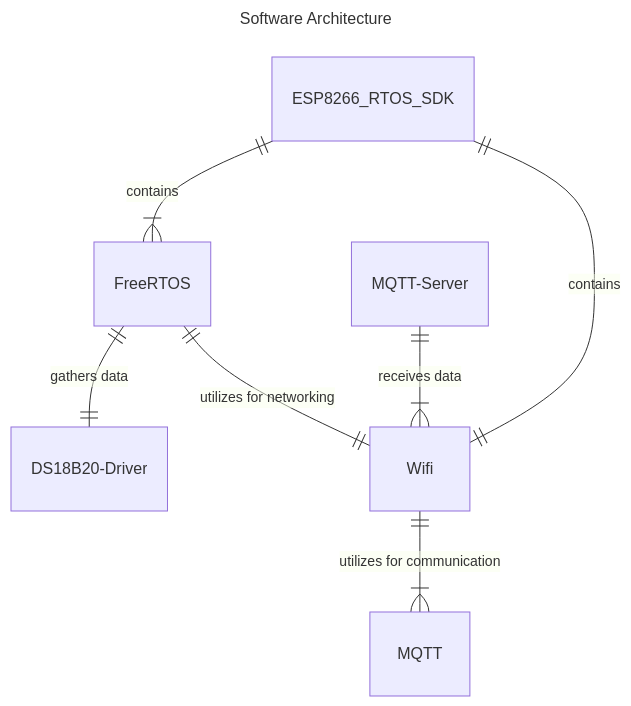
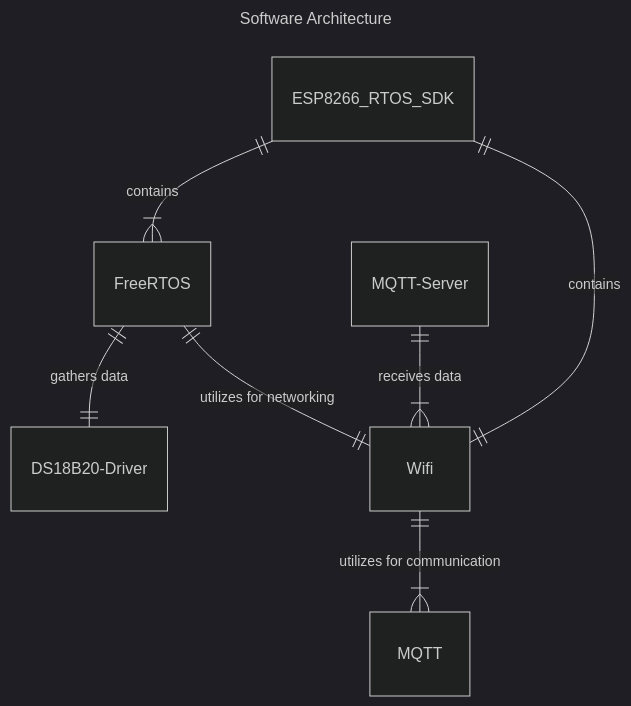
One commit to WorldWideWebster/github.io changed the first of 2 diagrams in Projects/iot_temp_probe/design.md. Above: the diagram before and after it, drawn with Mermaid. The commit also changed other lines of this file and 5 other files, not shown here.

Commit message:
Fixed design page to release status, Fixed mermaid (hopefully) Explored jekyll-spaceship

````diff
--- a/Projects/iot_temp_probe/design.md
+++ b/Projects/iot_temp_probe/design.md
@@ -190,12 +193,17 @@
 ```mermaid
 ---
 title: Software Architecture
 ---
+%%{
+  init: {
+    'theme': 'dark'
+  }
+}%%  
 erDiagram
-    ESP8266_RTOS_SDK ||--|{ FreeRTOS : contains
-    ESP8266_RTOS_SDK ||--|| Wifi : contains
-    FreeRTOS ||--|| DS18B20-Driver : "gathers data"
-    FreeRTOS ||--|| Wifi : "utilizes for networking"
-    Wifi ||--|{ MQTT : "utilizes for communication"
-    MQTT-Server ||--|{ Wifi : "receives data"
+      ESP8266_RTOS_SDK ||--|{ FreeRTOS : contains
+      ESP8266_RTOS_SDK ||--|| Wifi : contains
+      FreeRTOS ||--|| DS18B20-Driver : "gathers data"
+      FreeRTOS ||--|| Wifi : "utilizes for networking"
+      Wifi ||--|{ MQTT : "utilizes for communication"
+      MQTT-Server ||--|{ Wifi : "receives data"
 ```
````
